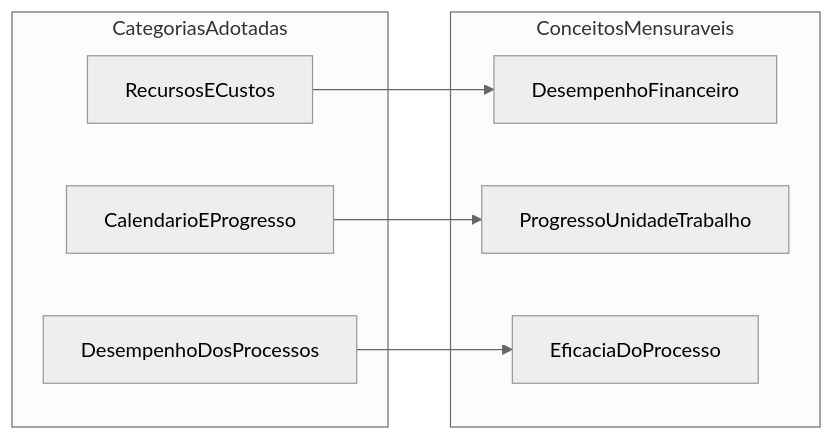
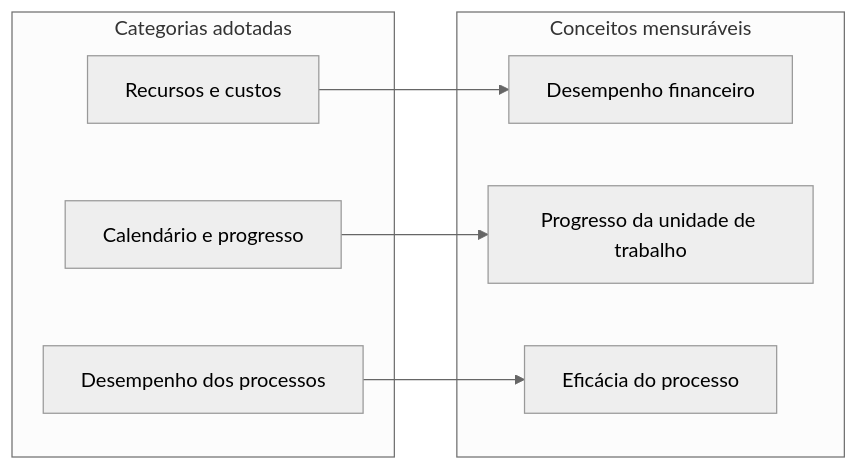
The second of 2 diagrams in docs/gestao-psm.md (FCTE-Qualidade-de-Software-1/2026-2_T01_BETTY_SNYDER), drawn with Mermaid (neutral theme) before and after one commit. The commit also changed other lines of this file and 4 other files, not shown here.

Commit message:
docs(psm): alinha diagramas ao modelo da Aula 09 e rotulos com espacos

````diff
--- a/docs/gestao-psm.md
+++ b/docs/gestao-psm.md
@@ -57,16 +67,16 @@
 ```mermaid
 flowchart LR
-  subgraph cats [CategoriasAdotadas]
-    RC[RecursosECustos]
-    CP[CalendarioEProgresso]
-    DP[DesempenhoDosProcessos]
+  subgraph cats ["Categorias adotadas"]
+    RC["Recursos e custos"]
+    CP["Calendário e progresso"]
+    DP["Desempenho dos processos"]
   end
-  subgraph concepts [ConceitosMensuraveis]
-    DF[DesempenhoFinanceiro]
-    PUT[ProgressoUnidadeTrabalho]
-    EP[EficaciaDoProcesso]
+  subgraph concepts ["Conceitos mensuráveis"]
+    DF["Desempenho financeiro"]
+    PUT["Progresso da unidade de trabalho"]
+    EP["Eficácia do processo"]
   end
   RC --> DF
   CP --> PUT
   DP --> EP
 ```
````
